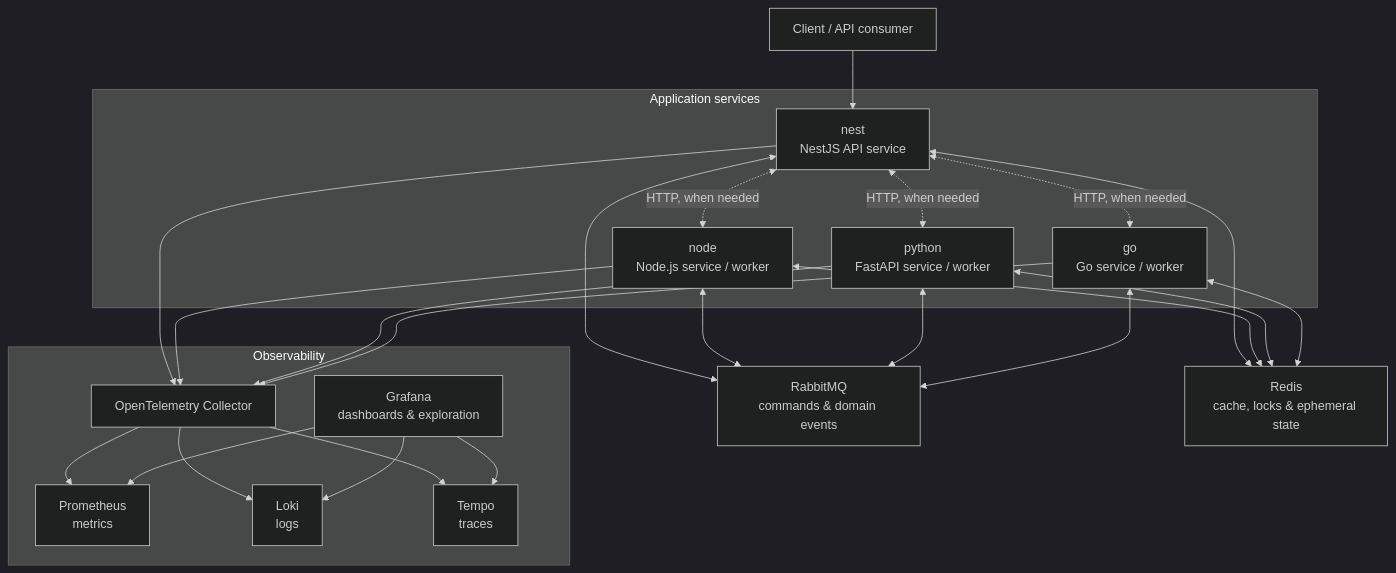
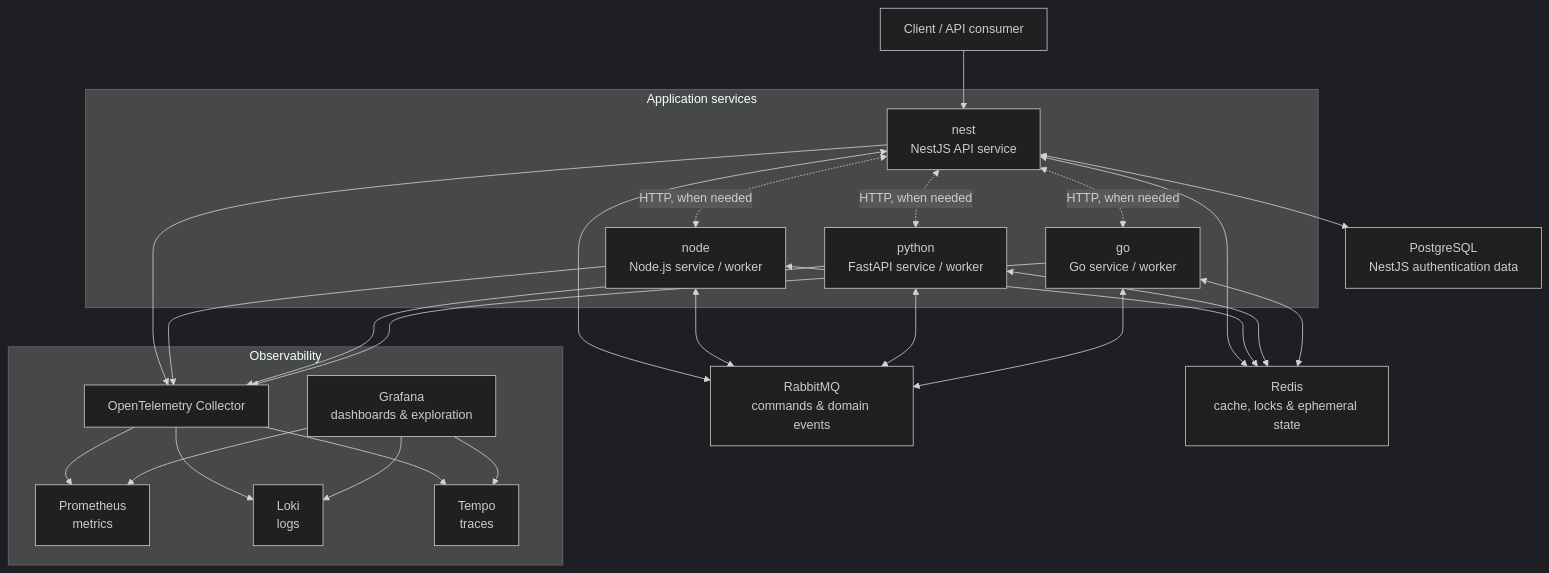
Before and after one commit to trulio2/MS-Template: the diagram in Readme.md, drawn with Mermaid (dark theme). The commit also changed other lines of this file and 11 other files, not shown here.

````diff
--- a/Readme.md
+++ b/Readme.md
@@ -18,48 +18,50 @@
 ```mermaid
 flowchart TB
     Client["Client / API consumer"]
 
     subgraph Services["Application services"]
         Nest["nest\nNestJS API service"]
         Node["node\nNode.js service / worker"]
         Python["python\nFastAPI service / worker"]
         Go["go\nGo service / worker"]
     end
 
     Rabbit["RabbitMQ\ncommands & domain events"]
     Redis["Redis\ncache, locks & ephemeral state"]
+    Postgres["PostgreSQL\nNestJS authentication data"]
 
     subgraph Observability["Observability"]
         OTel["OpenTelemetry Collector"]
         Prom["Prometheus\nmetrics"]
         Loki["Loki\nlogs"]
         Tempo["Tempo\ntraces"]
         Grafana["Grafana\ndashboards & exploration"]
     end
 
     Client --> Nest
     Nest <-. "HTTP, when needed" .-> Node
     Nest <-. "HTTP, when needed" .-> Python
     Nest <-. "HTTP, when needed" .-> Go
 
     Nest <--> Rabbit
     Node <--> Rabbit
     Python <--> Rabbit
     Go <--> Rabbit
 
     Nest <--> Redis
     Node <--> Redis
     Python <--> Redis
     Go <--> Redis
+    Nest <--> Postgres
 
     Nest --> OTel
     Node --> OTel
     Python --> OTel
     Go --> OTel
     OTel --> Prom
     OTel --> Loki
     OTel --> Tempo
     Grafana --> Prom
     Grafana --> Loki
     Grafana --> Tempo
 ```
````
